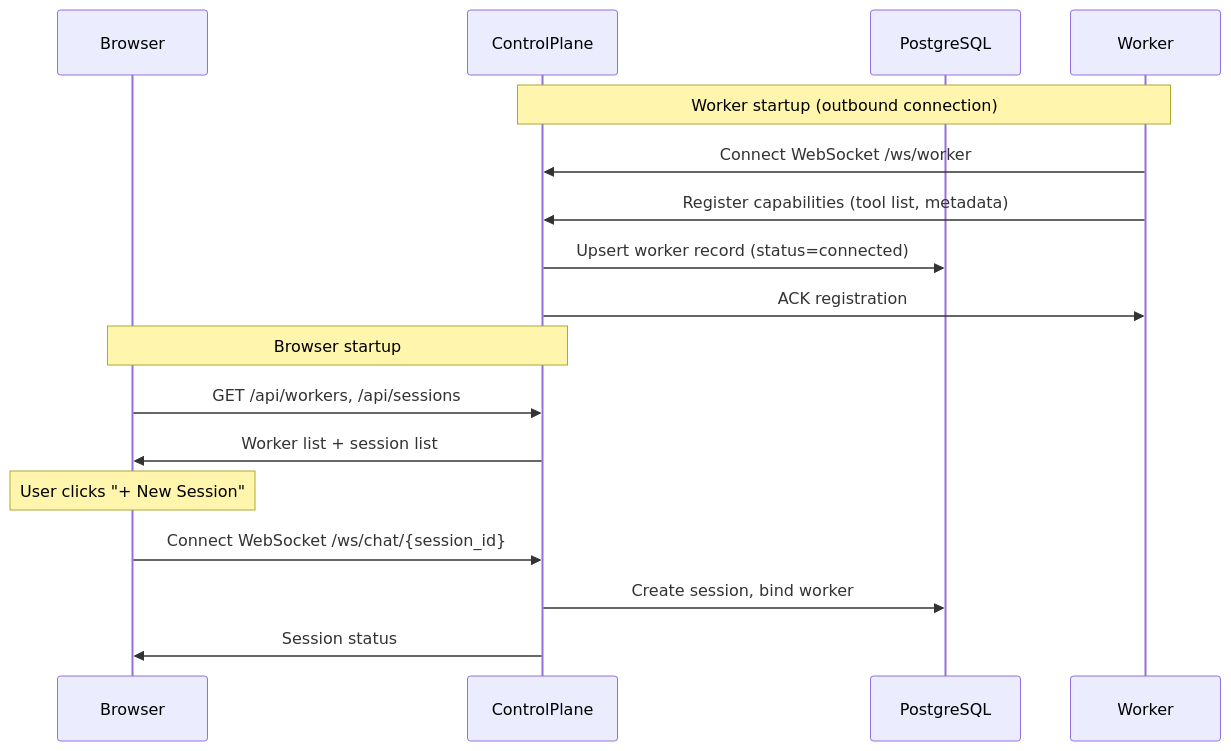
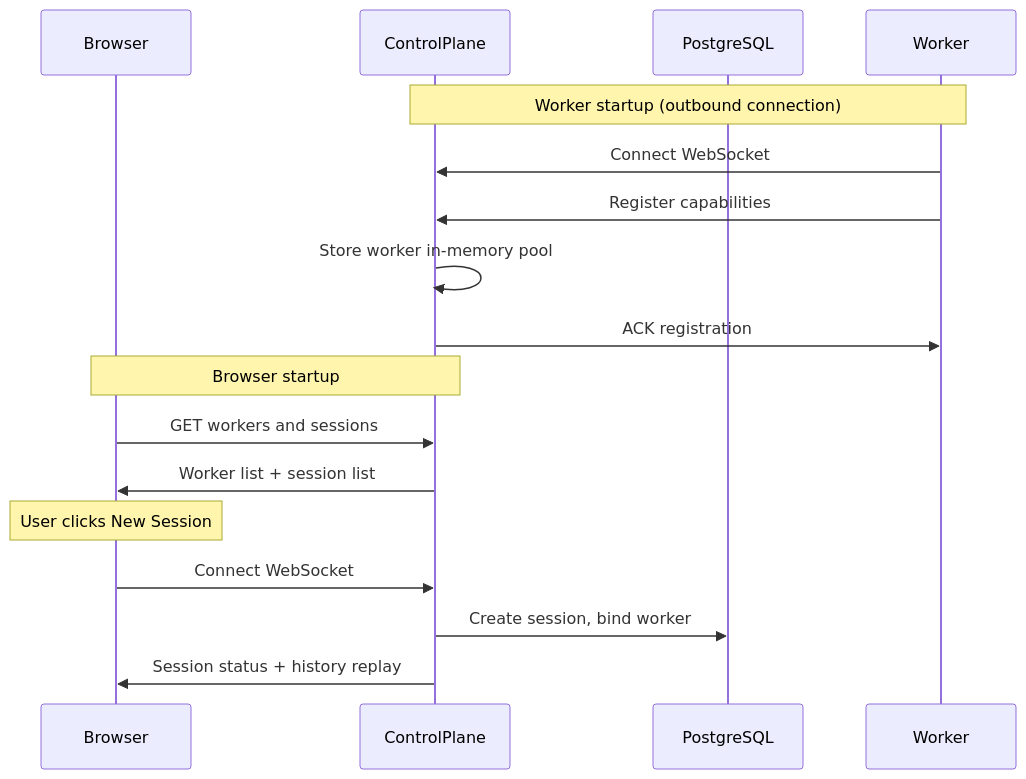
The second of 4 diagrams in PRESENTATION.md (AntoinePr/onsite-cursor-d-v3), drawn with Mermaid before and after one commit. The commit also changed other lines of this file and 6 other files, not shown here.

````diff
--- a/PRESENTATION.md
+++ b/PRESENTATION.md
@@ -53,21 +66,21 @@
 ```mermaid
 sequenceDiagram
   participant B as Browser
   participant CP as ControlPlane
   participant DB as PostgreSQL
   participant W as Worker
 
-  Note over W,CP: Worker startup (outbound connection)
-  W->>CP: Connect WebSocket /ws/worker
-  W->>CP: Register capabilities (tool list, metadata)
-  CP->>DB: Upsert worker record (status=connected)
+  Note over CP,W: Worker startup (outbound connection)
+  W->>CP: Connect WebSocket
+  W->>CP: Register capabilities
+  CP->>CP: Store worker in-memory pool
   CP->>W: ACK registration
 
   Note over B,CP: Browser startup
-  B->>CP: GET /api/workers, /api/sessions
+  B->>CP: GET workers and sessions
   CP->>B: Worker list + session list
-  Note over B: User clicks "+ New Session"
-  B->>CP: Connect WebSocket /ws/chat/{session_id}
+  Note over B: User clicks New Session
+  B->>CP: Connect WebSocket
   CP->>DB: Create session, bind worker
-  CP->>B: Session status
+  CP->>B: Session status + history replay
 ```
````
